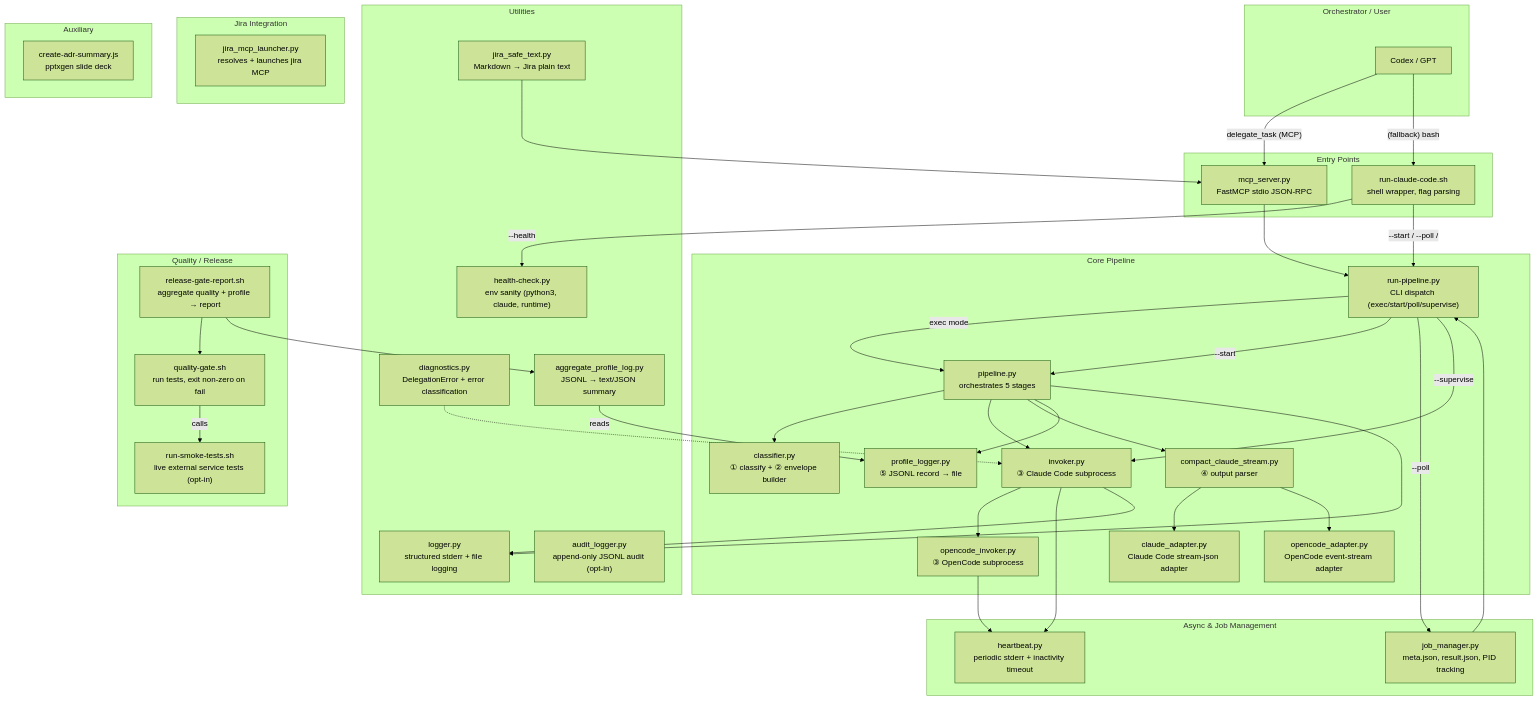
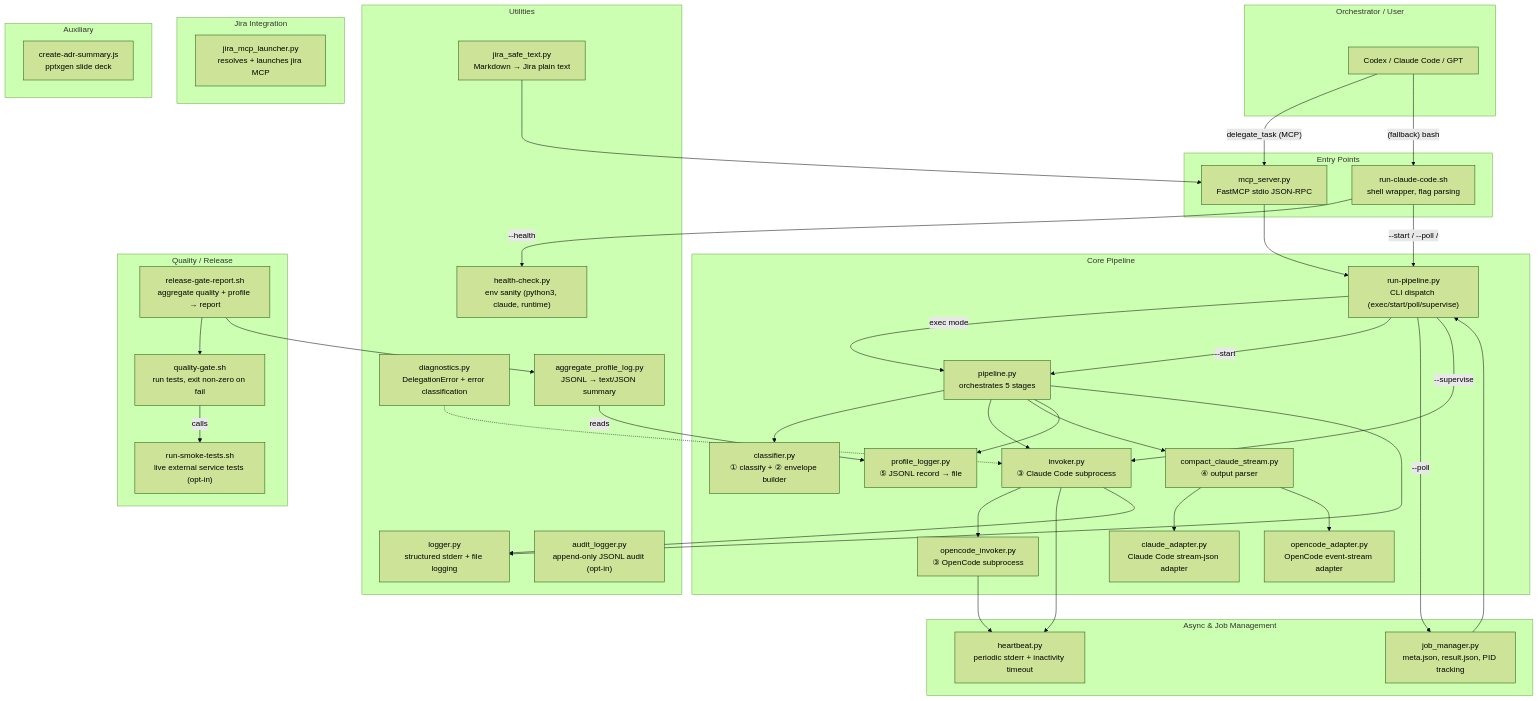
One commit to DongL/claude-code-delegate changed the diagram in docs/scripts-architecture-report.md. Above: the diagram before and after it, drawn with Mermaid (forest theme). The commit also changed other lines of this file and 8 other files, not shown here.

Commit message:
docs: update architecture docs, README, and SECURITY info

````diff
--- a/docs/scripts-architecture-report.md
+++ b/docs/scripts-architecture-report.md
@@ -17,7 +17,7 @@
 ```mermaid
 flowchart TB
     subgraph User["Orchestrator / User"]
-        CODEX["Codex / GPT"]
+        CODEX["Codex / Claude Code / GPT"]
     end
 
     subgraph Entry["Entry Points"]
````
